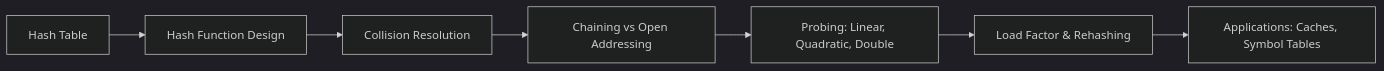
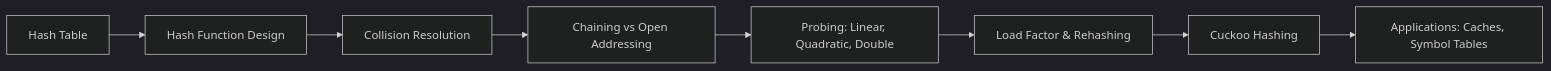
One commit to Raushan666java/ai-engineering-journey changed the diagram in docs/courses/data-structures/07-hash-tables.md. Above: the diagram before and after it, drawn with Mermaid (dark theme). The commit also changed other lines of this file and 17 other files, not shown here.

````diff
--- a/docs/courses/data-structures/07-hash-tables.md
+++ b/docs/courses/data-structures/07-hash-tables.md
@@ -24,9 +37,10 @@
 ```mermaid
 flowchart LR
     A[Hash Table] --> B[Hash Function Design]
     B --> C[Collision Resolution]
     C --> D[Chaining vs Open Addressing]
     D --> E[Probing: Linear, Quadratic, Double]
     E --> F[Load Factor & Rehashing]
-    F --> G[Applications: Caches, Symbol Tables]
+    F --> G[Cuckoo Hashing]
+    G --> H[Applications: Caches, Symbol Tables]
 ```
````
